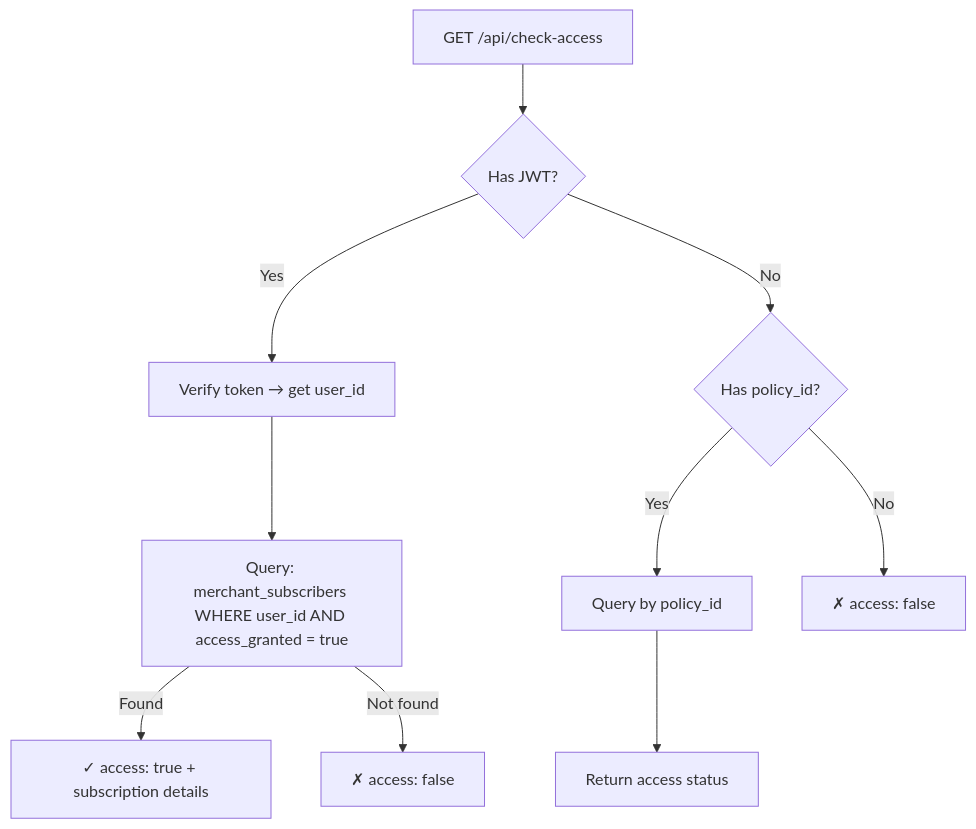
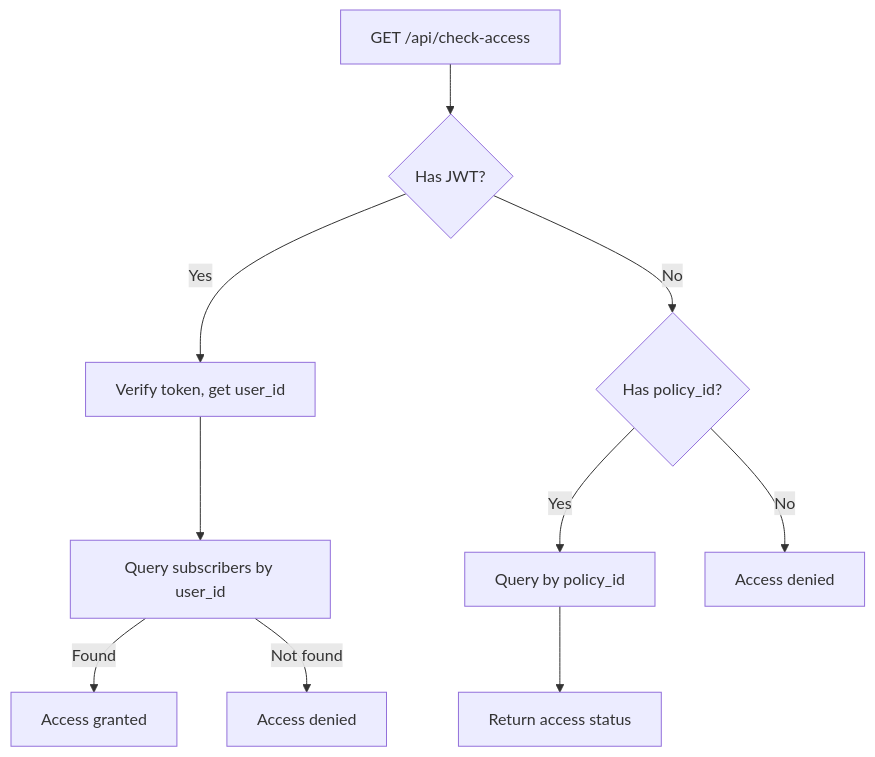
Before and after one commit to apeoverflow/Auto-Pay-Protocol: the fourth of 4 diagrams in documentation/merchant-checkout-example.md, drawn with Mermaid. The commit also changed other lines of this file, not shown here.

Commit message:
fix mermaid diagrams

````diff
--- a/documentation/merchant-checkout-example.md
+++ b/documentation/merchant-checkout-example.md
@@ -160,13 +160,13 @@
 ```mermaid
 graph TD
     R[GET /api/check-access] --> T{Has JWT?}
-    T -- Yes --> U[Verify token → get user_id]
-    U --> Q1[Query: merchant_subscribers WHERE user_id AND access_granted = true]
-    Q1 -- Found --> A1[✓ access: true + subscription details]
-    Q1 -- Not found --> A2[✗ access: false]
+    T -- Yes --> U[Verify token, get user_id]
+    U --> Q1[Query subscribers by user_id]
+    Q1 -- Found --> A1[Access granted]
+    Q1 -- Not found --> A2[Access denied]
 
     T -- No --> P{Has policy_id?}
     P -- Yes --> Q2[Query by policy_id]
     Q2 --> A3[Return access status]
-    P -- No --> A4[✗ access: false]
+    P -- No --> A4[Access denied]
 ```
````
